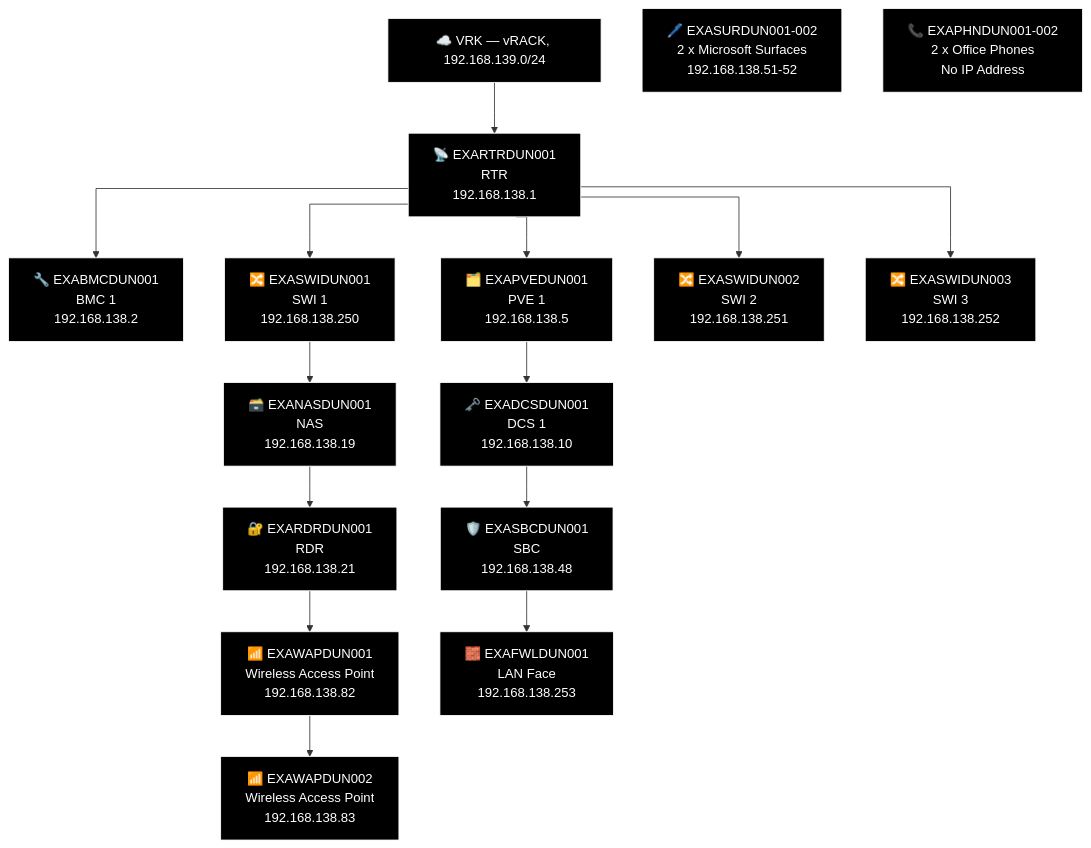
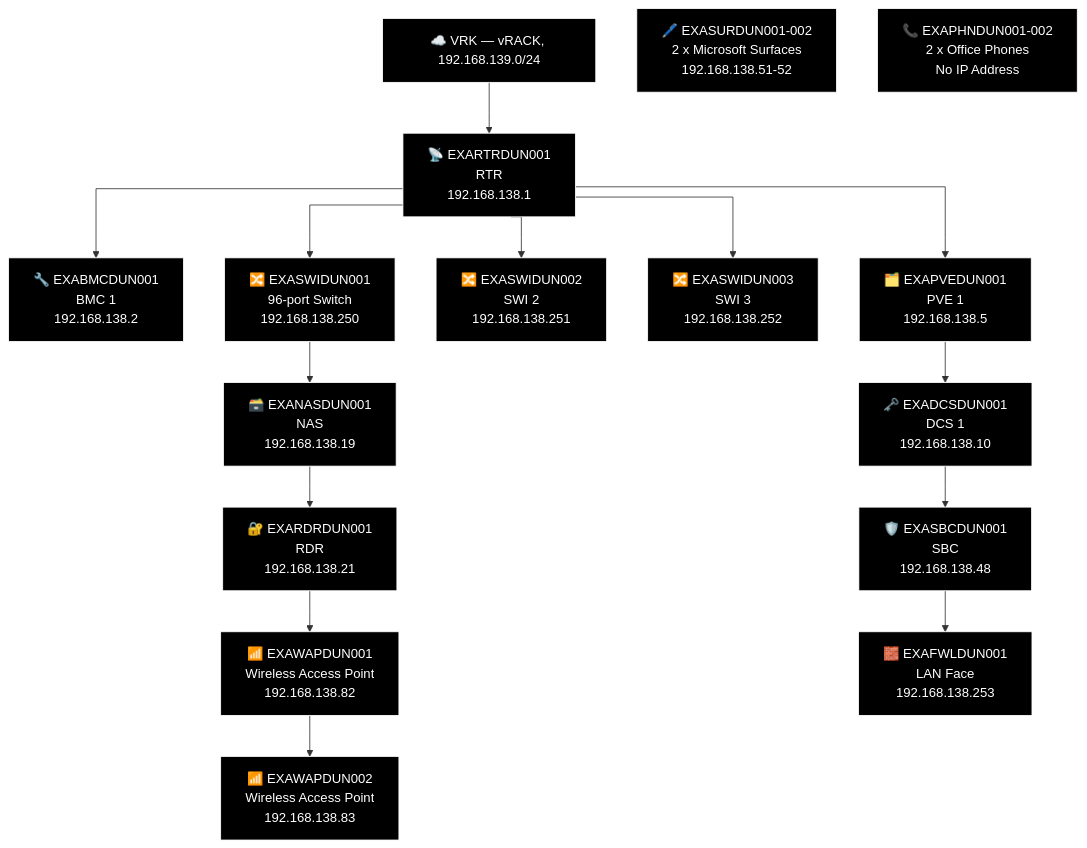
Before and after one commit to knightmare2600/example_music_infra: diagram 15 of 21 in docs/network-diagram/scotland.md, drawn with Mermaid. The commit also changed other lines of this file and 20 other files, not shown here.

````diff
--- a/docs/network-diagram/scotland.md
+++ b/docs/network-diagram/scotland.md
@@ -861,46 +861,46 @@
 ```mermaid
 %% GENERATED:TOPOLOGY:DUN:START
 %%{init: {'flowchart': {'curve': 'stepAfter'}}}%%
 graph TD
     T_VRK["☁️ VRK — vRACK, 192.168.139.0/24"]
     T_RTR["📡 EXARTRDUN001<br/>RTR<br/>192.168.138.1"]
     T_VRK --> T_RTR
     T_BMC["🔧 EXABMCDUN001<br/>BMC 1<br/>192.168.138.2"]
     T_RTR --> T_BMC
     T_PVE["🗂️ EXAPVEDUN001<br/>PVE 1<br/>192.168.138.5"]
     T_RTR --> T_PVE
-    T_SWI["🔀 EXASWIDUN001<br/>SWI 1<br/>192.168.138.250"]
+    T_SWI["🔀 EXASWIDUN002<br/>SWI 2<br/>192.168.138.251"]
     T_RTR --> T_SWI
-    T_SWI2["🔀 EXASWIDUN002<br/>SWI 2<br/>192.168.138.251"]
+    T_SWI2["🔀 EXASWIDUN003<br/>SWI 3<br/>192.168.138.252"]
     T_RTR --> T_SWI2
-    T_SWI3["🔀 EXASWIDUN003<br/>SWI 3<br/>192.168.138.252"]
+    T_SWI3["🔀 EXASWIDUN001<br/>96-port Switch<br/>192.168.138.250"]
     T_RTR --> T_SWI3
     T_NAS["🗃️ EXANASDUN001<br/>NAS<br/>192.168.138.19"]
     T_RDR["🔐 EXARDRDUN001<br/>RDR<br/>192.168.138.21"]
     T_WAP["📶 EXAWAPDUN001<br/>Wireless Access Point<br/>192.168.138.82"]
     T_WAP2["📶 EXAWAPDUN002<br/>Wireless Access Point<br/>192.168.138.83"]
-    T_SWI --> T_NAS --> T_RDR --> T_WAP --> T_WAP2
+    T_SWI3 --> T_NAS --> T_RDR --> T_WAP --> T_WAP2
     T_DCS["🗝️ EXADCSDUN001<br/>DCS 1<br/>192.168.138.10"]
     T_SBC["🛡️ EXASBCDUN001<br/>SBC<br/>192.168.138.48"]
     T_FWL["🧱 EXAFWLDUN001<br/>LAN Face<br/>192.168.138.253"]
     T_PVE --> T_DCS --> T_SBC --> T_FWL
     T_OTH_SUR["🖊️ EXASURDUN001-002<br/>2 x Microsoft Surfaces<br/>192.168.138.51-52"]
     T_OTH_PHN["📞 EXAPHNDUN001-002<br/>2 x Office Phones<br/>No IP Address"]
     style T_VRK fill:#000000,stroke:#FFFFFF,color:#FFFFFF
     style T_RTR fill:#000000,stroke:#FFFFFF,color:#FFFFFF
     style T_BMC fill:#000000,stroke:#FFFFFF,color:#FFFFFF
     style T_PVE fill:#000000,stroke:#FFFFFF,color:#FFFFFF
     style T_SWI fill:#000000,stroke:#FFFFFF,color:#FFFFFF
     style T_SWI2 fill:#000000,stroke:#FFFFFF,color:#FFFFFF
     style T_SWI3 fill:#000000,stroke:#FFFFFF,color:#FFFFFF
     style T_NAS fill:#000000,stroke:#FFFFFF,color:#FFFFFF
     style T_RDR fill:#000000,stroke:#FFFFFF,color:#FFFFFF
     style T_WAP fill:#000000,stroke:#FFFFFF,color:#FFFFFF
     style T_WAP2 fill:#000000,stroke:#FFFFFF,color:#FFFFFF
     style T_DCS fill:#000000,stroke:#FFFFFF,color:#FFFFFF
     style T_SBC fill:#000000,stroke:#FFFFFF,color:#FFFFFF
     style T_FWL fill:#000000,stroke:#FFFFFF,color:#FFFFFF
     style T_OTH_SUR fill:#000000,stroke:#FFFFFF,color:#FFFFFF
     style T_OTH_PHN fill:#000000,stroke:#FFFFFF,color:#FFFFFF
 %% GENERATED:TOPOLOGY:DUN:END
 ```
````
